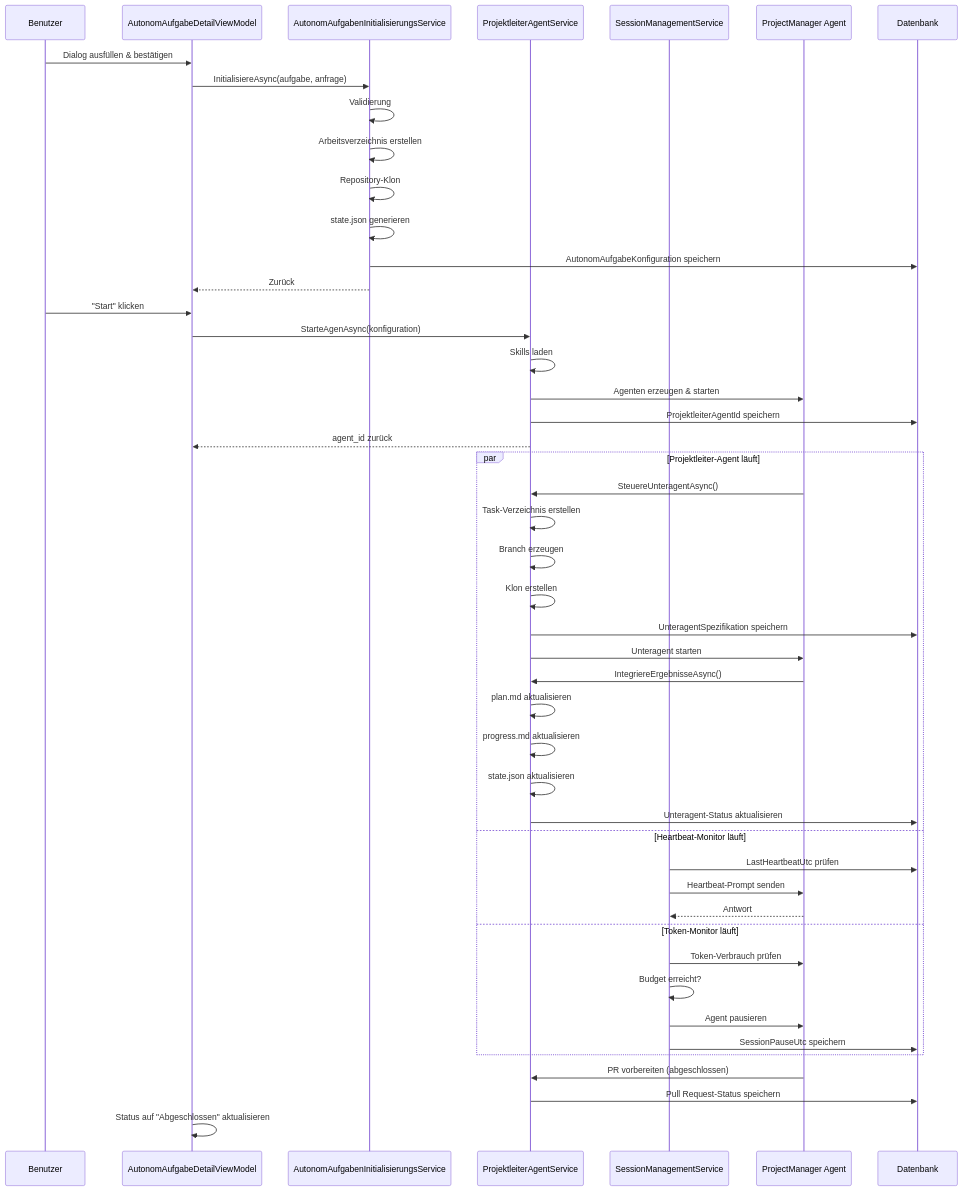
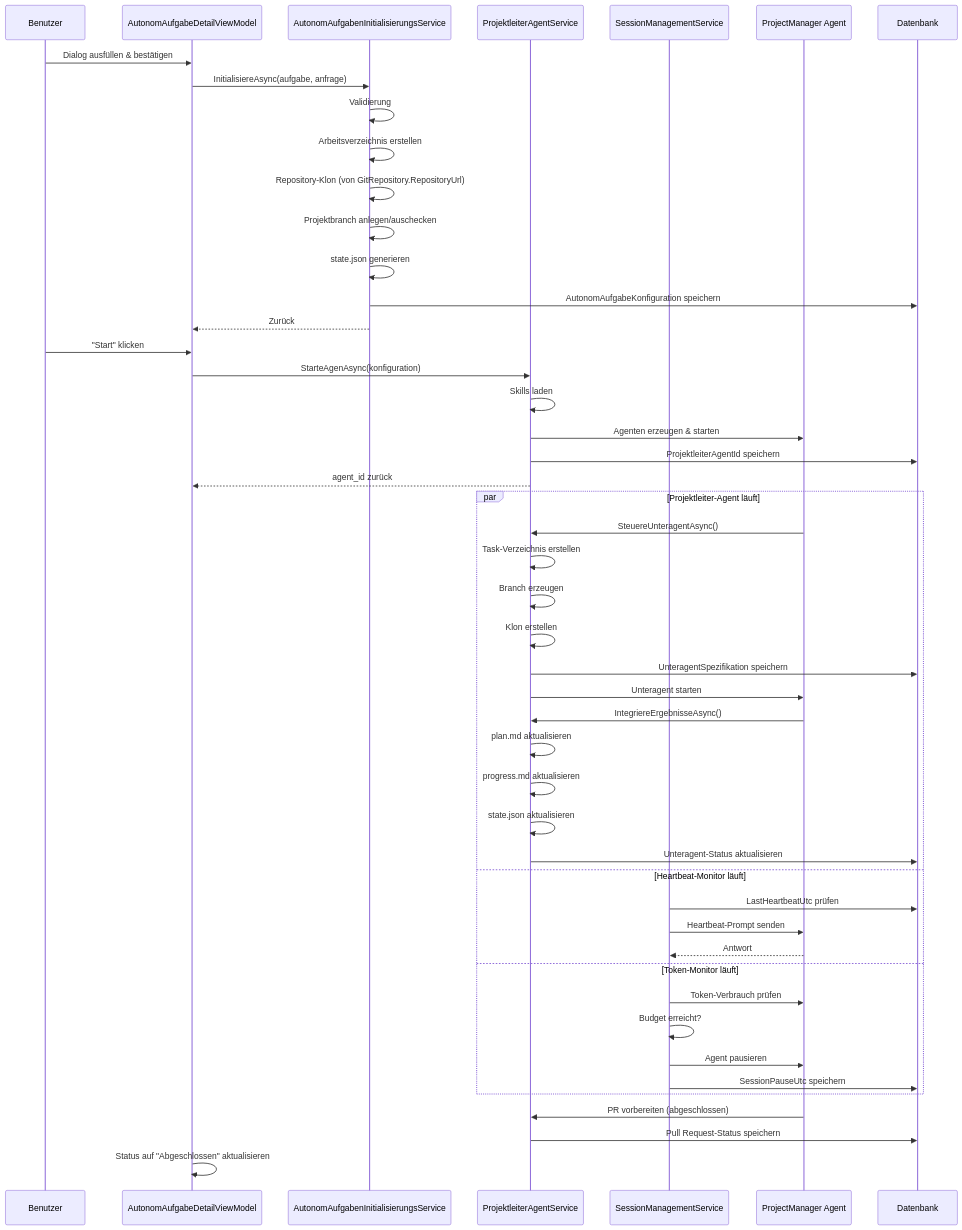
The diagram in docs/help/aufgaben/autonome-aufgaben/ablauf-technisch.md (martin-stromberg/Softwareschmiede), drawn with Mermaid before and after one commit. The commit also changed other lines of this file and 28 other files, not shown here.

````diff
--- a/docs/help/aufgaben/autonome-aufgaben/ablauf-technisch.md
+++ b/docs/help/aufgaben/autonome-aufgaben/ablauf-technisch.md
@@ -450,54 +479,55 @@
 ```mermaid
 sequenceDiagram
     participant Benutzer
     participant UI as AutonomAufgabeDetailViewModel
     participant Init as AutonomAufgabenInitialisierungsService
     participant Proj as ProjektleiterAgentService
     participant Session as SessionManagementService
     participant Agent as ProjectManager Agent
     participant DB as Datenbank
 
     Benutzer->>UI: Dialog ausfüllen & bestätigen
     UI->>Init: InitialisiereAsync(aufgabe, anfrage)
     Init->>Init: Validierung
     Init->>Init: Arbeitsverzeichnis erstellen
-    Init->>Init: Repository-Klon
+    Init->>Init: Repository-Klon (von GitRepository.RepositoryUrl)
+    Init->>Init: Projektbranch anlegen/auschecken
     Init->>Init: state.json generieren
     Init->>DB: AutonomAufgabeKonfiguration speichern
     Init-->>UI: Zurück
 
     Benutzer->>UI: "Start" klicken
     UI->>Proj: StarteAgenAsync(konfiguration)
     Proj->>Proj: Skills laden
     Proj->>Agent: Agenten erzeugen & starten
     Proj->>DB: ProjektleiterAgentId speichern
     Proj-->>UI: agent_id zurück
 
     par Projektleiter-Agent läuft
         Agent->>Proj: SteuereUnteragentAsync()
         Proj->>Proj: Task-Verzeichnis erstellen
         Proj->>Proj: Branch erzeugen
         Proj->>Proj: Klon erstellen
         Proj->>DB: UnteragentSpezifikation speichern
         Proj->>Agent: Unteragent starten
         
         Agent->>Proj: IntegriereErgebnisseAsync()
         Proj->>Proj: plan.md aktualisieren
         Proj->>Proj: progress.md aktualisieren
         Proj->>Proj: state.json aktualisieren
         Proj->>DB: Unteragent-Status aktualisieren
     and Heartbeat-Monitor läuft
         Session->>DB: LastHeartbeatUtc prüfen
         Session->>Agent: Heartbeat-Prompt senden
         Agent-->>Session: Antwort
     and Token-Monitor läuft
         Session->>Agent: Token-Verbrauch prüfen
         Session->>Session: Budget erreicht?
         Session->>Agent: Agent pausieren
         Session->>DB: SessionPauseUtc speichern
     end
 
     Agent->>Proj: PR vorbereiten (abgeschlossen)
     Proj->>DB: Pull Request-Status speichern
     UI->>UI: Status auf "Abgeschlossen" aktualisieren
 ```
````
